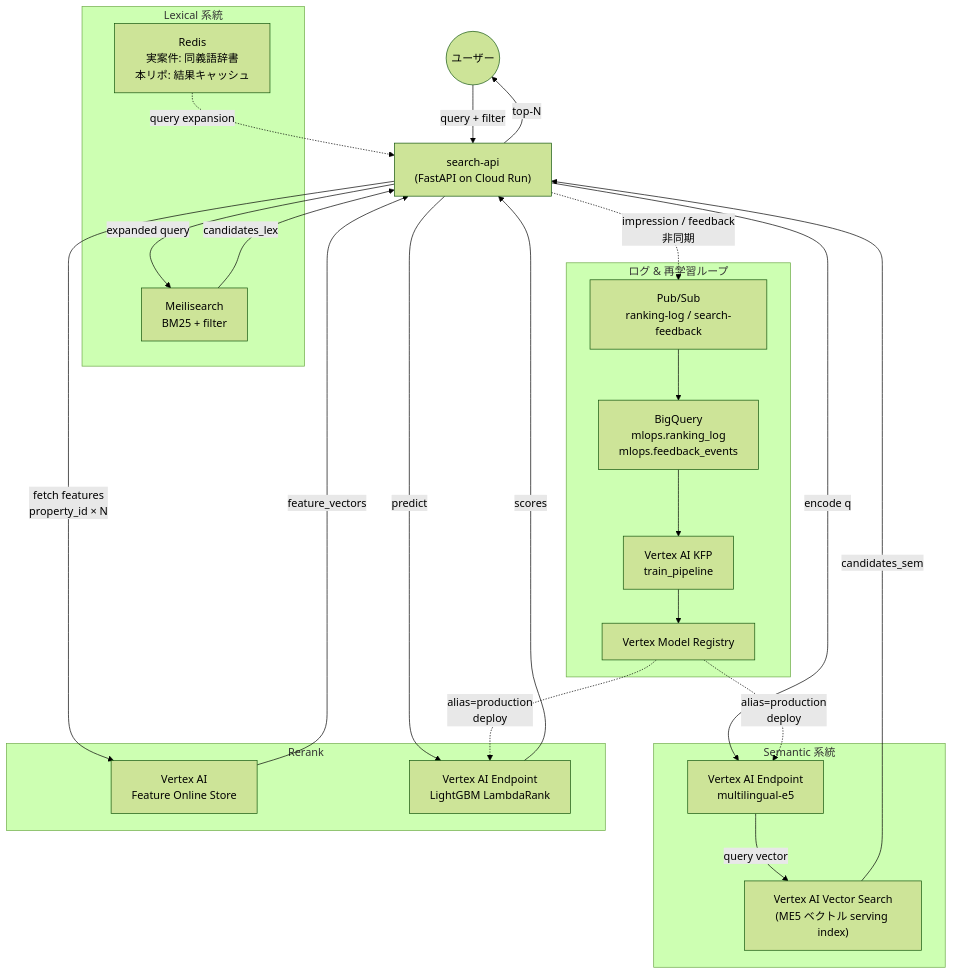
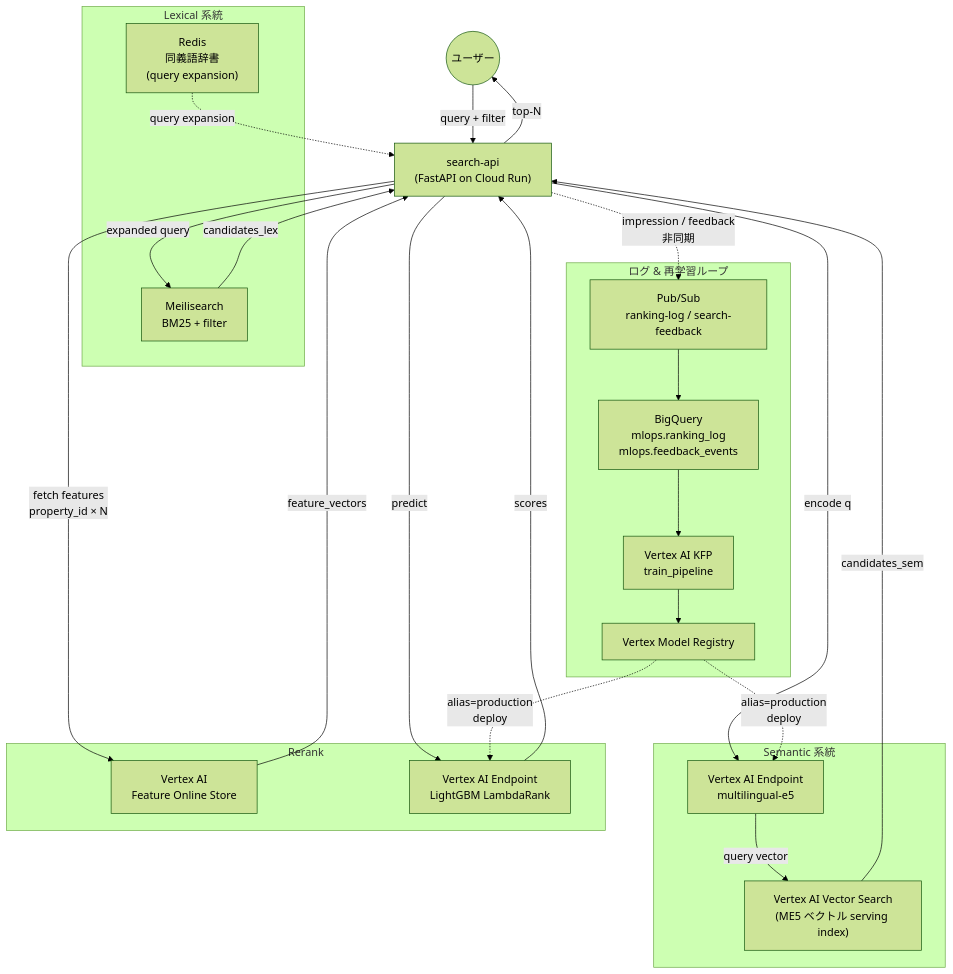
The first of 5 diagrams in 7/study-hybrid-search-gke/docs/01_仕様と設計.md (kurosawa-kuro/study-gcp-mlops), drawn with Mermaid (forest theme) before and after one commit. The commit also changed other lines of this file and 23 other files, not shown here.

````diff
--- a/7/study-hybrid-search-gke/docs/01_仕様と設計.md
+++ b/7/study-hybrid-search-gke/docs/01_仕様と設計.md
@@ -76,46 +76,46 @@
 ```mermaid
 flowchart TB
     User((ユーザー))
     API["search-api<br/>(FastAPI on Cloud Run)"]
 
     subgraph LEX["Lexical 系統"]
         Mei["Meilisearch<br/>BM25 + filter"]
-        Syn["Redis<br/>実案件: 同義語辞書<br/>本リポ: 結果キャッシュ"]
+        Syn["Redis<br/>同義語辞書<br/>(query expansion)"]
     end
 
     subgraph SEM["Semantic 系統"]
         Enc["Vertex AI Endpoint<br/>multilingual-e5"]
         VVS["Vertex AI Vector Search<br/>(ME5 ベクトル serving index)"]
     end
 
     subgraph RNK["Rerank"]
         FOS["Vertex AI<br/>Feature Online Store"]
         RR["Vertex AI Endpoint<br/>LightGBM LambdaRank"]
     end
 
     subgraph LOG["ログ & 再学習ループ"]
         PS["Pub/Sub<br/>ranking-log / search-feedback"]
         BQL["BigQuery<br/>mlops.ranking_log<br/>mlops.feedback_events"]
         Train["Vertex AI KFP<br/>train_pipeline"]
         MR["Vertex Model Registry"]
     end
 
     User -->|query + filter| API
     Syn -.->|query expansion| API
     API -->|expanded query| Mei
     API -->|encode q| Enc
     Enc -->|query vector| VVS
     Mei -->|candidates_lex| API
     VVS -->|candidates_sem| API
     API -->|fetch features<br/>property_id × N| FOS
     FOS -->|feature_vectors| API
     API -->|predict| RR
     RR -->|scores| API
     API -->|top-N| User
     API -.->|impression / feedback<br/>非同期| PS
     PS --> BQL
     BQL --> Train
     Train --> MR
     MR -.->|alias=production<br/>deploy| RR
     MR -.->|alias=production<br/>deploy| Enc
 ```
````
